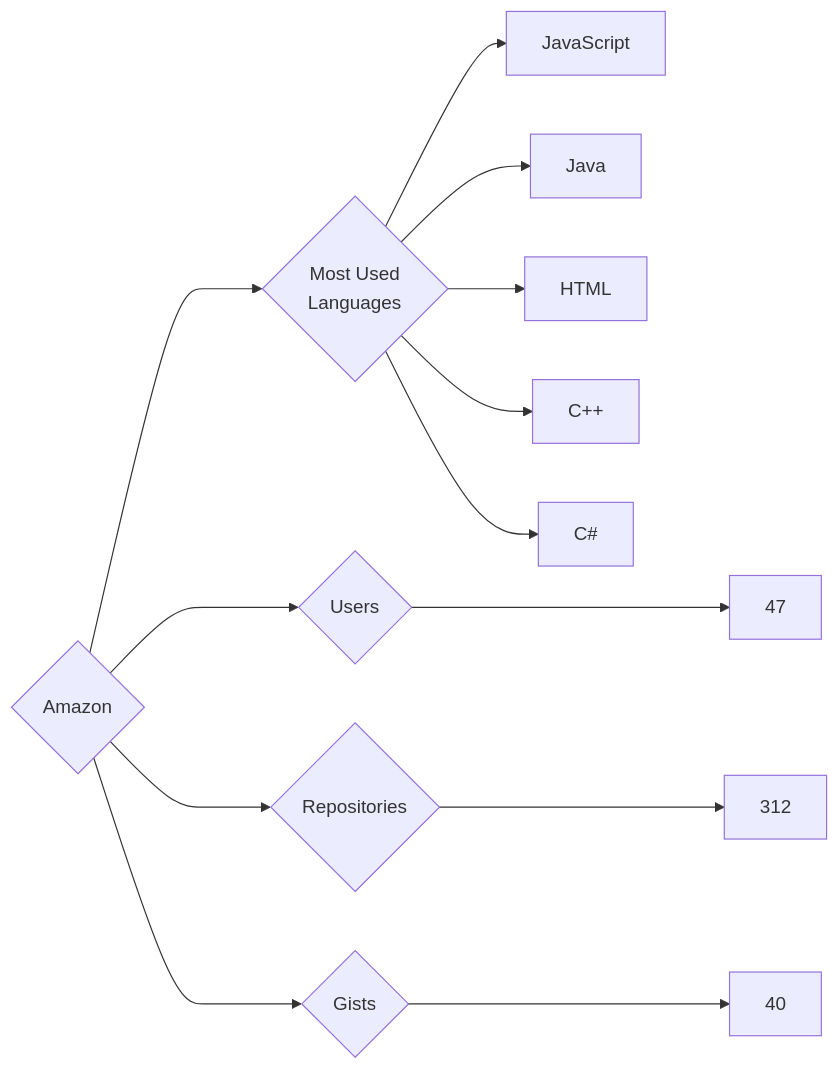
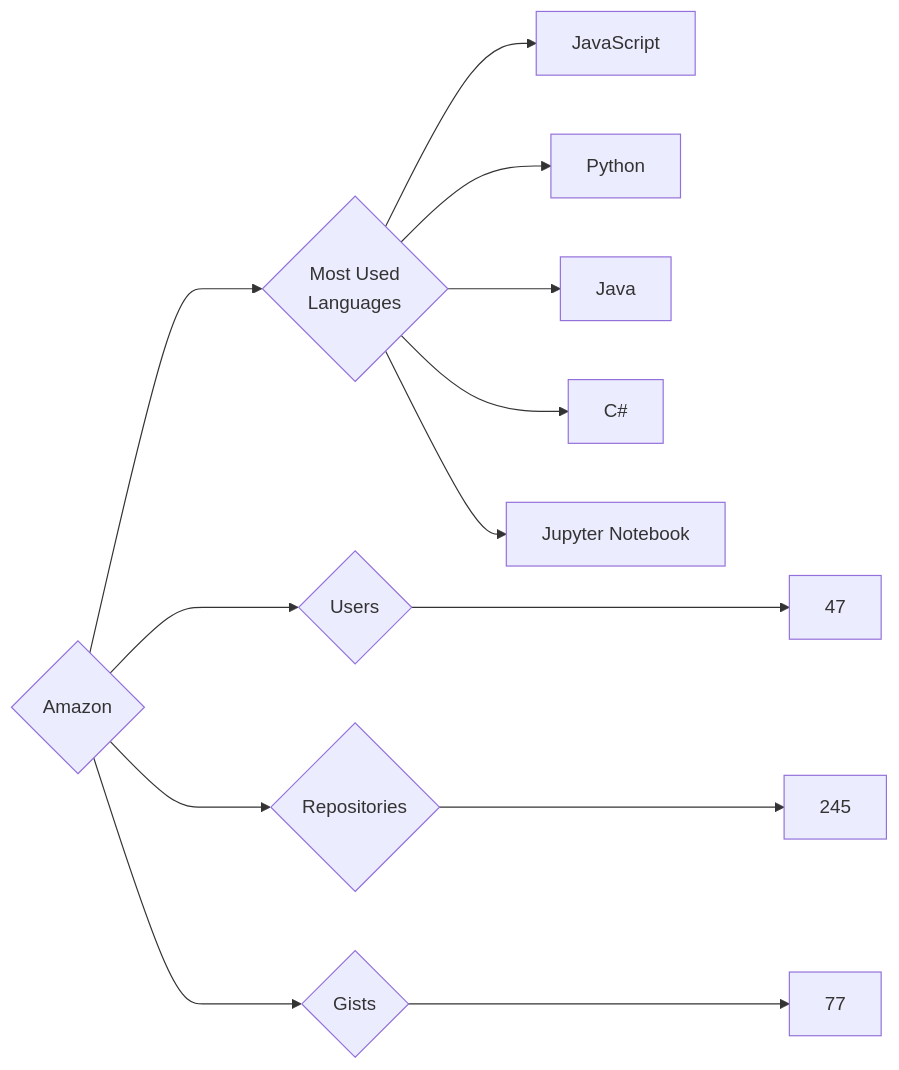
The diagram in targets/Amazon/README.md (trickest/insiders), drawn with Mermaid before and after one commit. The commit also changed 749 other files, not shown here.

````diff
--- a/targets/Amazon/README.md
+++ b/targets/Amazon/README.md
@@ -3,13 +3,13 @@
 ```mermaid
 graph LR
 COMPANY_NAME{Amazon}
 COMPANY_NAME ---> U{Users} ---> UN[47]
-COMPANY_NAME ---> R{Repositories} ---> RN[312]
-COMPANY_NAME ---> G{Gists} ---> GN[40]
+COMPANY_NAME ---> R{Repositories} ---> RN[245]
+COMPANY_NAME ---> G{Gists} ---> GN[77]
 COMPANY_NAME ---> ML{Most Used<br>Languages}
 ML --> JavaScript[JavaScript]
+ML --> Python[Python]
 ML --> Java[Java]
-ML --> HTML[HTML]
-ML --> C++[C++]
 ML --> C#[C#]
+ML --> Jupyter_Notebook[Jupyter Notebook]
 ```
````
